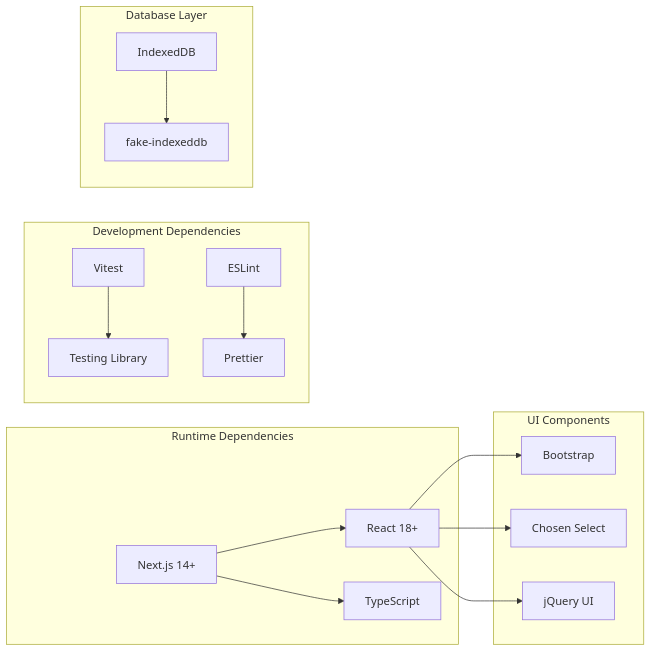
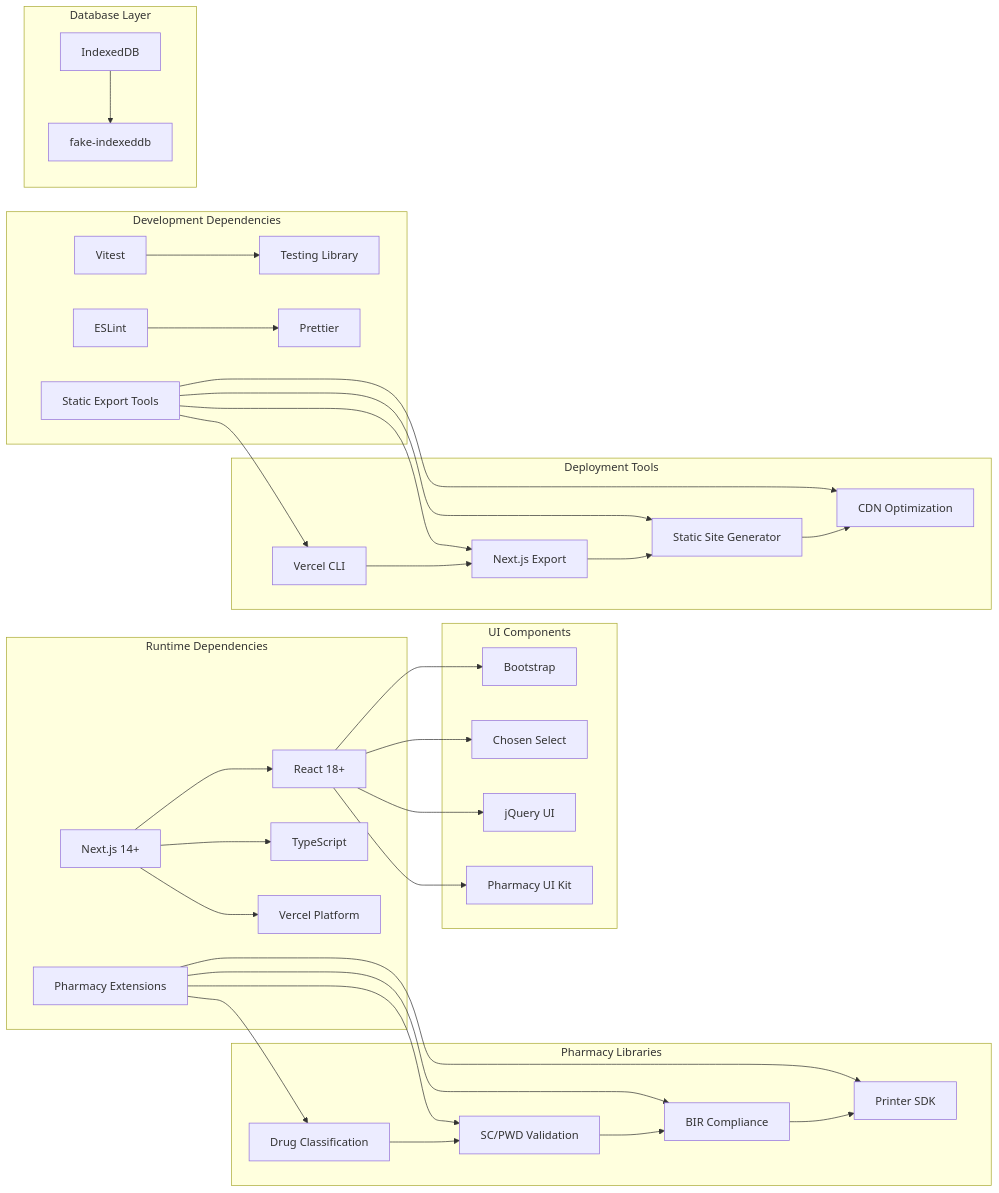
The sixth of 6 diagrams in .qoder/repowiki/en/content/Frontend Interface/Next.js Web POS Prototype.md (yosefdc7/PharmaPOS), drawn with Mermaid before and after one commit. The commit also changed other lines of this file and 11 other files, not shown here.

````diff
--- a/.qoder/repowiki/en/content/Frontend Interface/Next.js Web POS Prototype.md
+++ b/.qoder/repowiki/en/content/Frontend Interface/Next.js Web POS Prototype.md
@@ -313,31 +590,63 @@
 ```mermaid
 graph LR
 subgraph "Runtime Dependencies"
 A[Next.js 14+]
 B[React 18+]
 C[TypeScript]
+D[Pharmacy Extensions]
+E[Vercel Platform]
 end
 subgraph "Development Dependencies"
-D[Vitest]
-E[Testing Library]
-F[ESLint]
-G[Prettier]
+F[Vitest]
+G[Testing Library]
+H[ESLint]
+I[Prettier]
+J[Static Export Tools]
 end
 subgraph "Database Layer"
-H[IndexedDB]
-I[fake-indexeddb]
+K[IndexedDB]
+L[fake-indexeddb]
 end
 subgraph "UI Components"
-J[Bootstrap]
-K[Chosen Select]
-L[jQuery UI]
+M[Bootstrap]
+N[Chosen Select]
+O[jQuery UI]
+P[Pharmacy UI Kit]
+end
+subgraph "Pharmacy Libraries"
+Q[Drug Classification]
+R[SC/PWD Validation]
+S[BIR Compliance]
+T[Printer SDK]
+end
+subgraph "Deployment Tools"
+U[Vercel CLI]
+V[Next.js Export]
+W[Static Site Generator]
+X[CDN Optimization]
 end
 A --> B
 A --> C
-D --> E
+A --> E
+D --> Q
+D --> R
+D --> S
+D --> T
 F --> G
 H --> I
-B --> J
-B --> K
-B --> L
+J --> U
+J --> V
+J --> W
+J --> X
+K --> L
+B --> M
+B --> N
+B --> O
+B --> P
+Q --> R
+R --> S
+S --> T
+U --> V
+V --> W
+W --> X
 ```
````
